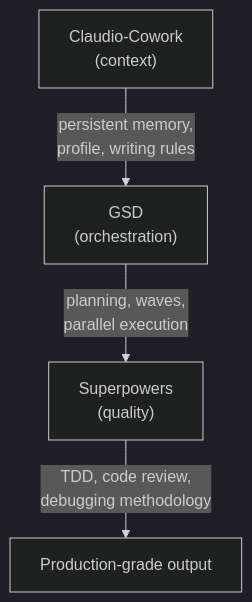
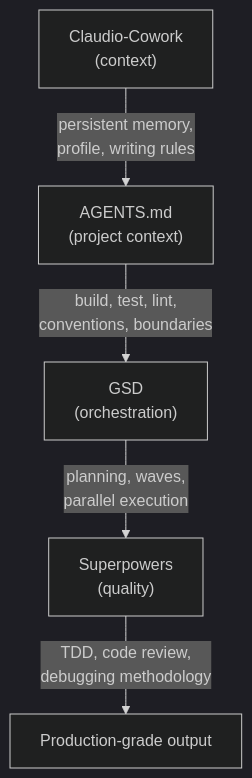
The fourth of 5 diagrams in README.md (ActurialCapital/claudio-cowork), drawn with Mermaid (dark theme) before and after one commit. The commit also changed other lines of this file and 7 other files, not shown here.

Commit message:
feat: Introduce AGENTS.md for standardized project context and enhance installation scripts

````diff
--- a/README.md
+++ b/README.md
@@ -183,6 +186,7 @@
 ```mermaid
 flowchart TB
-    CC["Claudio-Cowork\n(context)"] -->|"persistent memory,\nprofile, writing rules"| GSD
+    CC["Claudio-Cowork\n(context)"] -->|"persistent memory,\nprofile, writing rules"| AM
+    AM["AGENTS.md\n(project context)"] -->|"build, test, lint,\nconventions, boundaries"| GSD
     GSD["GSD\n(orchestration)"] -->|"planning, waves,\nparallel execution"| SP
     SP["Superpowers\n(quality)"] -->|"TDD, code review,\ndebugging methodology"| OUT[Production-grade output]
 ```
````
